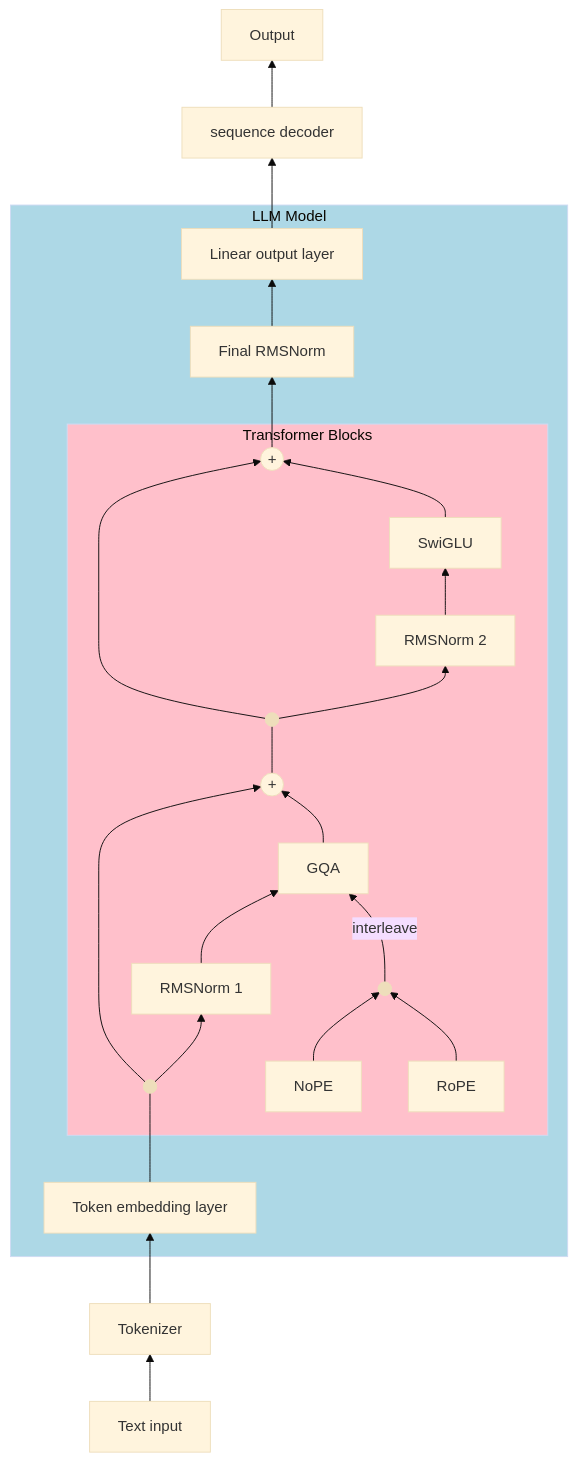
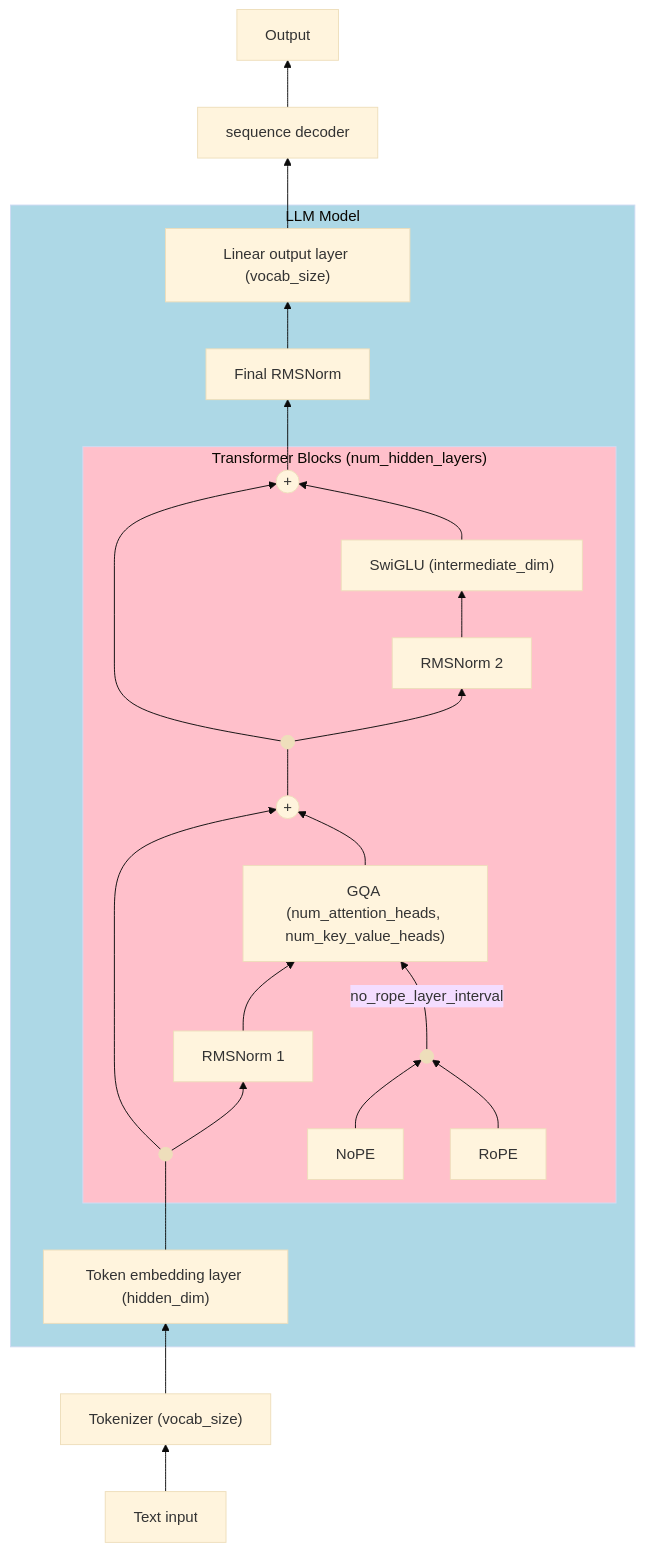
Before and after one commit to m0baxter/gobots: the seventh of 7 diagrams in README.md, drawn with Mermaid (base theme). The commit also changed other lines of this file, not shown here.

````diff
--- a/README.md
+++ b/README.md
@@ -377,20 +446,20 @@
 ```mermaid
 flowchart BT
-   text_input[Text input] --> Tokenizer
-   Tokenizer --> embedding[Token embedding layer]
+   text_input[Text input] --> Tokenizer["Tokenizer (vocab_size)"]
+   Tokenizer --> embedding["Token embedding layer (hidden_dim)"]
    subgraph model[LLM Model]
       embedding --- split1
-      subgraph block[Transformer Blocks]
-         split1@{shape: f-circ} --> norm1[RMSNorm 1] --> attention[GQA]
+      subgraph block["Transformer Blocks (num_hidden_layers)"]
+         split1@{shape: f-circ} --> norm1[RMSNorm 1] --> attention["GQA (num_attention_heads, num_key_value_heads)"]
          no_pos_emb[NoPE] -->  split3@{shape: f-circ}
-         pos_emb[RoPE] --> split3 -- interleave --> attention --> merge1@{shape: circle, label: " + "}
-         split1 --> merge1 --- split2@{shape: f-circ} --> norm2[RMSNorm 2] --> ffn[SwiGLU] --> merge2@{shape: circle, label: " + "}
+         pos_emb[RoPE] --> split3 -- "no_rope_layer_interval" --> attention --> merge1@{shape: circle, label: " + "}
+         split1 --> merge1 --- split2@{shape: f-circ} --> norm2[RMSNorm 2] --> ffn["SwiGLU (intermediate_dim)"] --> merge2@{shape: circle, label: " + "}
          split2 --> merge2
       end
-      merge2 --> norm_final[Final RMSNorm] --> output_layer[Linear output layer]
+      merge2 --> norm_final[Final RMSNorm] --> output_layer["Linear output layer (vocab_size)"]
    end
    output_layer --> output[sequence decoder] --> Output
 
 style model fill: lightblue
 style block fill: pink
 ```
````
